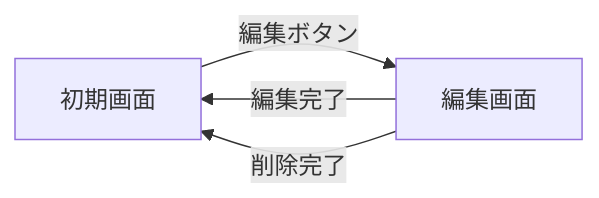
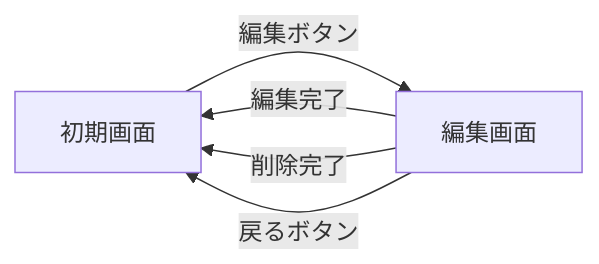
One commit to s19013/laravelVueDockerSample changed the second of 2 diagrams in devmemo/frontend.md. Above: the diagram before and after it, drawn with Mermaid. The commit also changed other lines of this file, not shown here.

````diff
--- a/devmemo/frontend.md
+++ b/devmemo/frontend.md
@@ -14,8 +20,9 @@
 ```mermaid
 flowchart LR
 
 index[初期画面] -->| 編集ボタン | edit[編集画面]
 edit--> | 編集完了 | index
 edit--> | 削除完了 | index
+edit--> | 戻るボタン | index
 
 ```
````
